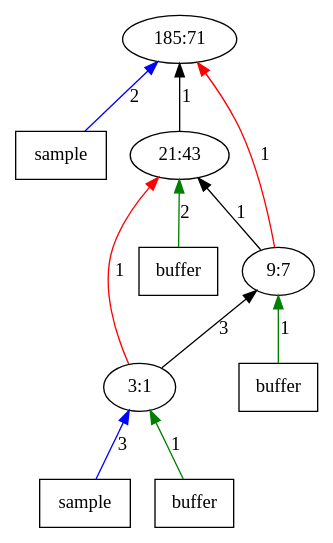
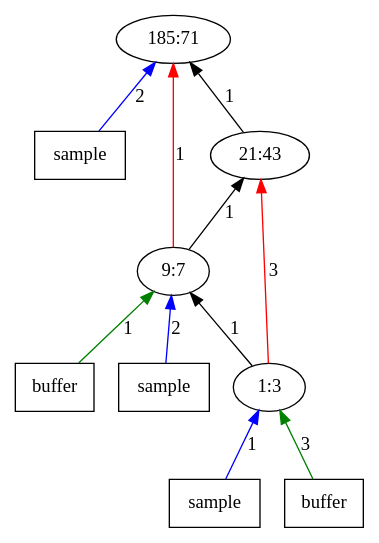
Before and after one commit to AbhikKhan/MTP_IITG: the diagram in outputTrees/op71.dot, drawn with Graphviz. The commit also changed 680 other files, not shown here.

```diff
--- a/outputTrees/op71.dot
+++ b/outputTrees/op71.dot
@@ -1,22 +1,22 @@
 digraph Tree{
 	rankdir="BT"
 	x11 -> 1 [label = "2", color = "blue"];
 	x11 [label = "sample", shape = "box"];
 	1 [label = "185:71"];
-	x22 -> 2 [label = "2", color = "green"];
-	x22 [label = "buffer", shape = "box"];
 	2 -> 1 [label = "1", color = "black"];
 	2 [label = "21:43"];
-	3 -> 1 [label = "1", color = "red"];
+	3 -> 2 [label = "1", color = "black"];
 	x32 -> 3 [label = "1", color = "green"];
 	x32 [label = "buffer", shape = "box"];
-	3 -> 2 [label = "1", color = "black"];
+	3 -> 1 [label = "1", color = "red"];
+	x31 -> 3 [label = "2", color = "blue"];
+	x31 [label = "sample", shape = "box"];
 	3 [label = "9:7"];
-	4 -> 2 [label = "1", color = "red"];
-	4 -> 3 [label = "3", color = "black"];
-	x41 -> 4 [label = "3", color = "blue"];
+	4 -> 2 [label = "3", color = "red"];
+	4 -> 3 [label = "1", color = "black"];
+	x41 -> 4 [label = "1", color = "blue"];
 	x41 [label = "sample", shape = "box"];
-	x42 -> 4 [label = "1", color = "green"];
+	x42 -> 4 [label = "3", color = "green"];
 	x42 [label = "buffer", shape = "box"];
-	4 [label = "3:1"];
+	4 [label = "1:3"];
 }
```
